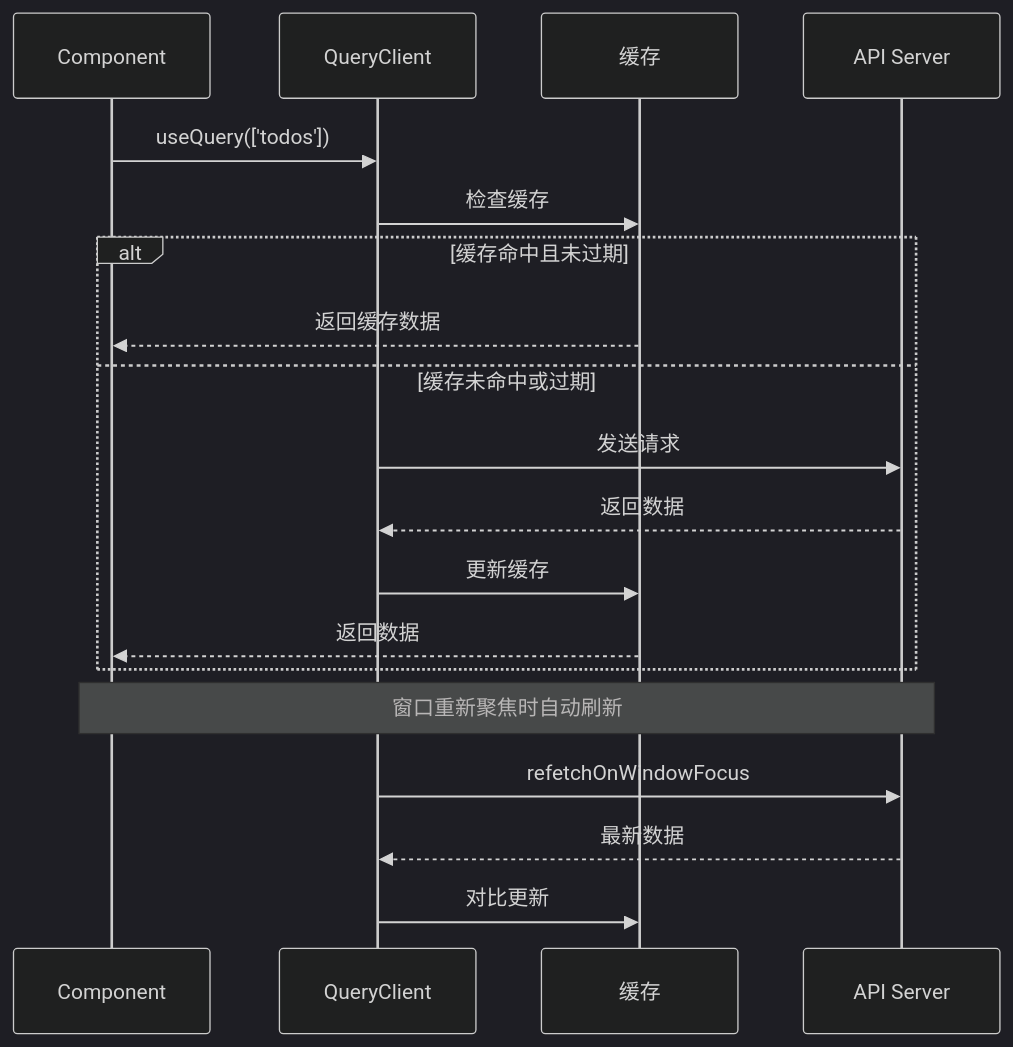
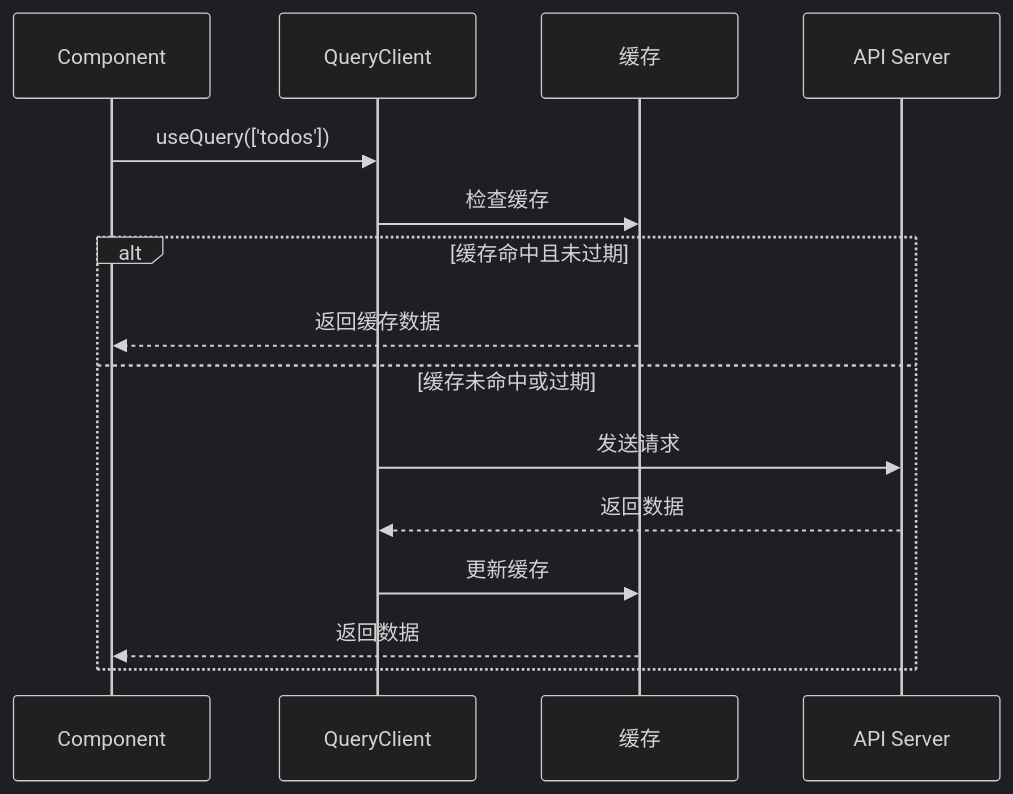
Diagram 17 of 21 in 00-基础常识/05-React-详解版.md (KMaybe01/common), drawn with Mermaid (dark theme) before and after one commit. The commit also changed other lines of this file and 10 other files, not shown here.

````diff
--- a/00-基础常识/05-React-详解版.md
+++ b/00-基础常识/05-React-详解版.md
@@ -1470,24 +1083,19 @@
 ```mermaid
 sequenceDiagram
     participant C as Component
     participant Q as QueryClient
     participant Cache as 缓存
     participant API as API Server
 
     C->>Q: useQuery(['todos'])
     Q->>Cache: 检查缓存
 
     alt 缓存命中且未过期
         Cache-->>C: 返回缓存数据
     else 缓存未命中或过期
         Q->>API: 发送请求
         API-->>Q: 返回数据
         Q->>Cache: 更新缓存
         Cache-->>C: 返回数据
     end
-
-    Note over C,API: 窗口重新聚焦时自动刷新
-    Q->>API: refetchOnWindowFocus
-    API-->>Q: 最新数据
-    Q->>Cache: 对比更新
 ```
````
